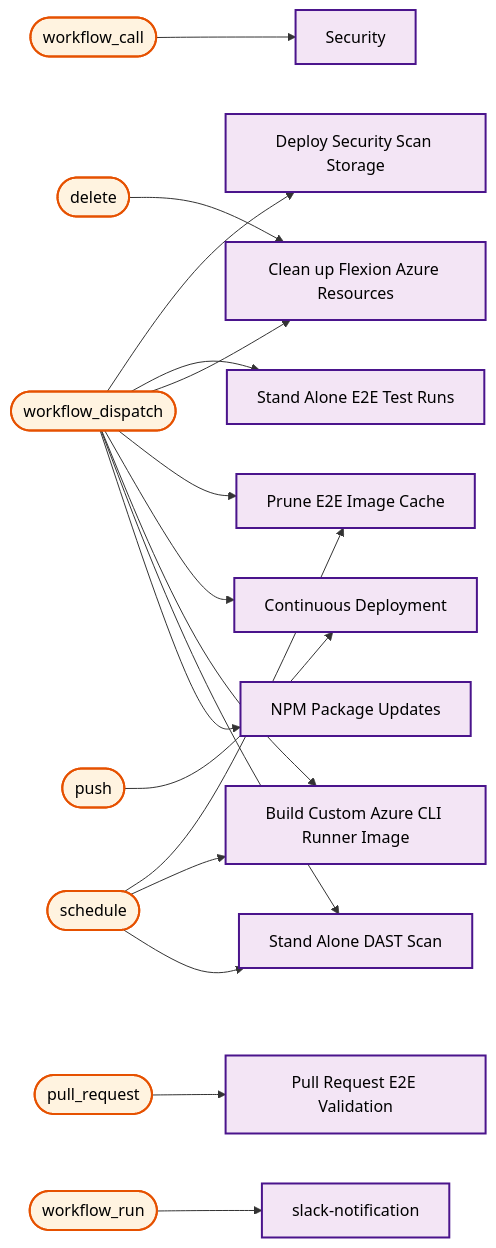
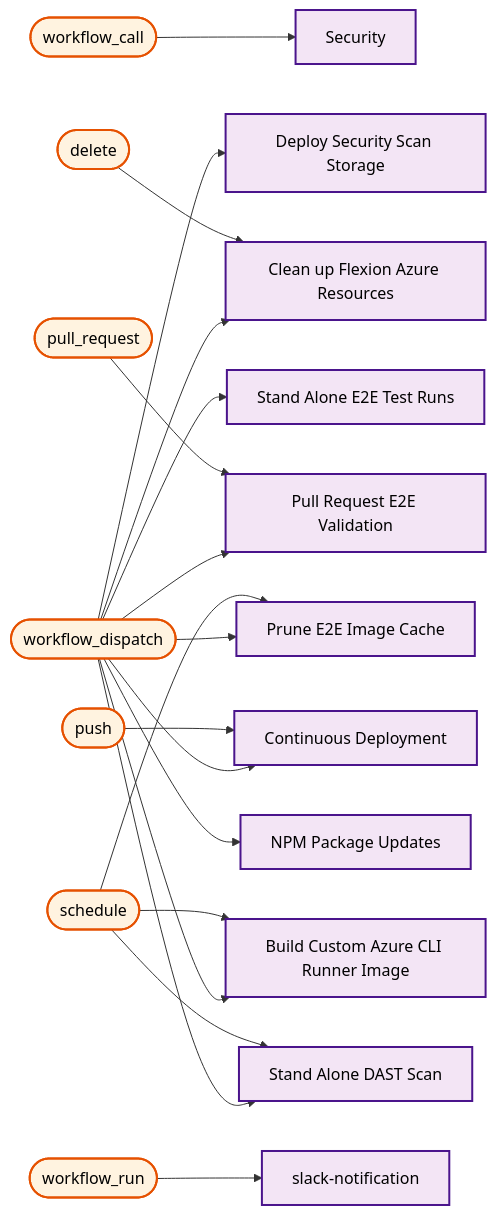
Before and after one commit to US-Trustee-Program/Bankruptcy-Oversight-Support-Systems: diagram 24 of 24 in docs/operations/workflow-diagram.md, drawn with Mermaid. The commit also changed other lines of this file and 1 other file, not shown here.

Commit message:
Make containerized e2e a runnable workflow

````diff
--- a/docs/operations/workflow-diagram.md
+++ b/docs/operations/workflow-diagram.md
@@ -1223,65 +1246,67 @@
 ```mermaid
 flowchart LR
     trigger_workflow_call(["workflow_call"])
     sub_security_scan_yml["Security"]
     trigger_workflow_dispatch(["workflow_dispatch"])
     deploy_security_scan_storage_yml["Deploy Security Scan Storage"]
     e2e_test_yml["Stand Alone E2E Test Runs"]
     azure_remove_branch_yml["Clean up Flexion Azure Resources"]
     prune_e2e_image_cache_yml["Prune E2E Image Cache"]
+    pr_validation_yml["Pull Request E2E Validation"]
     continuous_deployment_yml["Continuous Deployment"]
     build_azure_cli_image_yml["Build Custom Azure CLI Runner Image"]
     dast_scan_yml["Stand Alone DAST Scan"]
     update_dependencies_yml["NPM Package Updates"]
     trigger_delete(["delete"])
     azure_remove_branch_yml["Clean up Flexion Azure Resources"]
     trigger_schedule(["schedule"])
     prune_e2e_image_cache_yml["Prune E2E Image Cache"]
     build_azure_cli_image_yml["Build Custom Azure CLI Runner Image"]
     dast_scan_yml["Stand Alone DAST Scan"]
     trigger_pull_request(["pull_request"])
     pr_validation_yml["Pull Request E2E Validation"]
     trigger_push(["push"])
     continuous_deployment_yml["Continuous Deployment"]
     trigger_workflow_run(["workflow_run"])
     slack_notification_yml["slack-notification"]
 
     trigger_workflow_call --> sub_security_scan_yml
     trigger_workflow_dispatch --> deploy_security_scan_storage_yml
     trigger_workflow_dispatch --> e2e_test_yml
     trigger_workflow_dispatch --> azure_remove_branch_yml
     trigger_workflow_dispatch --> prune_e2e_image_cache_yml
+    trigger_workflow_dispatch --> pr_validation_yml
     trigger_workflow_dispatch --> continuous_deployment_yml
     trigger_workflow_dispatch --> build_azure_cli_image_yml
     trigger_workflow_dispatch --> dast_scan_yml
     trigger_workflow_dispatch --> update_dependencies_yml
     trigger_delete --> azure_remove_branch_yml
     trigger_schedule --> prune_e2e_image_cache_yml
     trigger_schedule --> build_azure_cli_image_yml
     trigger_schedule --> dast_scan_yml
     trigger_pull_request --> pr_validation_yml
     trigger_push --> continuous_deployment_yml
     trigger_workflow_run --> slack_notification_yml
 
     classDef mainWorkflow fill:#f3e5f5,stroke:#4a148c,stroke-width:2px,color:#000000
     classDef trigger fill:#fff3e0,stroke:#e65100,stroke-width:2px,color:#000000
 
     class trigger_workflow_call trigger
     class trigger_workflow_dispatch trigger
     class trigger_delete trigger
     class trigger_schedule trigger
     class trigger_pull_request trigger
     class trigger_push trigger
     class trigger_workflow_run trigger
     class sub_security_scan_yml mainWorkflow
     class deploy_security_scan_storage_yml mainWorkflow
     class e2e_test_yml mainWorkflow
     class azure_remove_branch_yml mainWorkflow
     class prune_e2e_image_cache_yml mainWorkflow
     class pr_validation_yml mainWorkflow
     class continuous_deployment_yml mainWorkflow
     class build_azure_cli_image_yml mainWorkflow
     class dast_scan_yml mainWorkflow
     class update_dependencies_yml mainWorkflow
     class slack_notification_yml mainWorkflow
 ```
````
